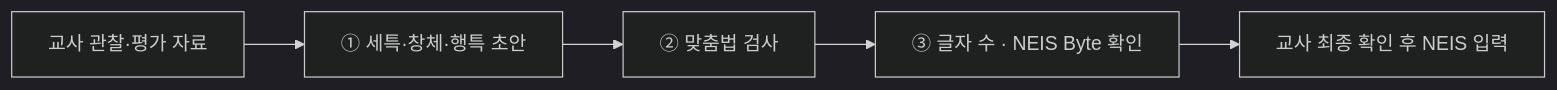
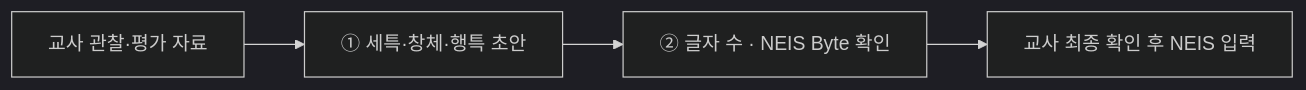
Before and after one commit to blueshadow62/korean-school-records-toolkit: the diagram in USER_GUIDE.md, drawn with Mermaid (dark theme). The commit also changed other lines of this file and 301 other files, not shown here.

````diff
--- a/USER_GUIDE.md
+++ b/USER_GUIDE.md
@@ -17,7 +16,6 @@
 ```mermaid
 flowchart LR
     A[교사 관찰·평가 자료] --> B["① 세특·창체·행특 초안"]
-    B --> C["② 맞춤법 검사"]
-    C --> D["③ 글자 수 · NEIS Byte 확인"]
-    D --> E[교사 최종 확인 후 NEIS 입력]
+    B --> C["② 글자 수 · NEIS Byte 확인"]
+    C --> D[교사 최종 확인 후 NEIS 입력]
 ```
````
